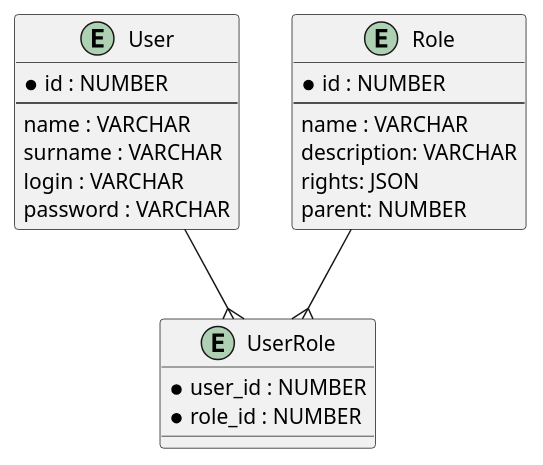
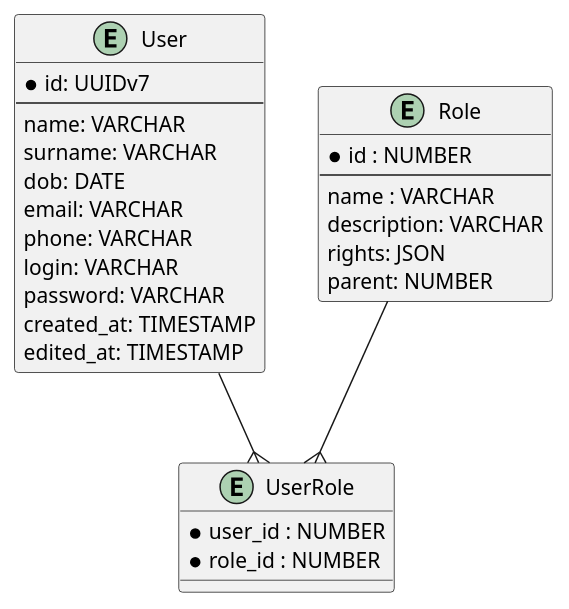
One commit to sprff/soa-hse-2025 changed the diagram in docs/userserver.puml. Above: the diagram before and after it, drawn with PlantUML. The commit also changed 22 other files, not shown here.

```diff
--- a/docs/userserver.puml
+++ b/docs/userserver.puml
@@ -1,29 +1,34 @@
 @startuml
 
 entity "User" {
-  * id : NUMBER
+  * id: UUIDv7
   --
-  name : VARCHAR
-  surname : VARCHAR
-  login : VARCHAR
-  password : VARCHAR
+  name: VARCHAR
+  surname: VARCHAR
+  dob: DATE
+  email: VARCHAR
+  phone: VARCHAR
+  login: VARCHAR
+  password: VARCHAR
+  created_at: TIMESTAMP
+  edited_at: TIMESTAMP
 }
 
 entity "Role" {
   * id : NUMBER
   --
   name : VARCHAR
   description: VARCHAR
   rights: JSON
   parent: NUMBER
 }
 
 entity "UserRole" {
   * user_id : NUMBER
   * role_id : NUMBER
 }
 
 User --{ UserRole
 Role --{ UserRole
 
 @enduml
```
